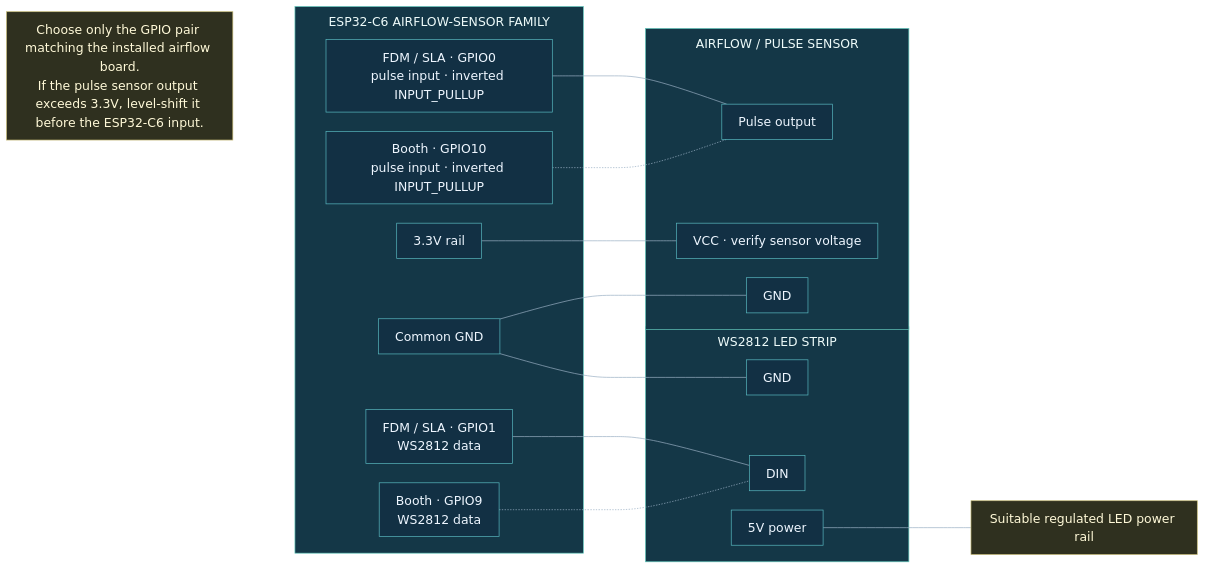
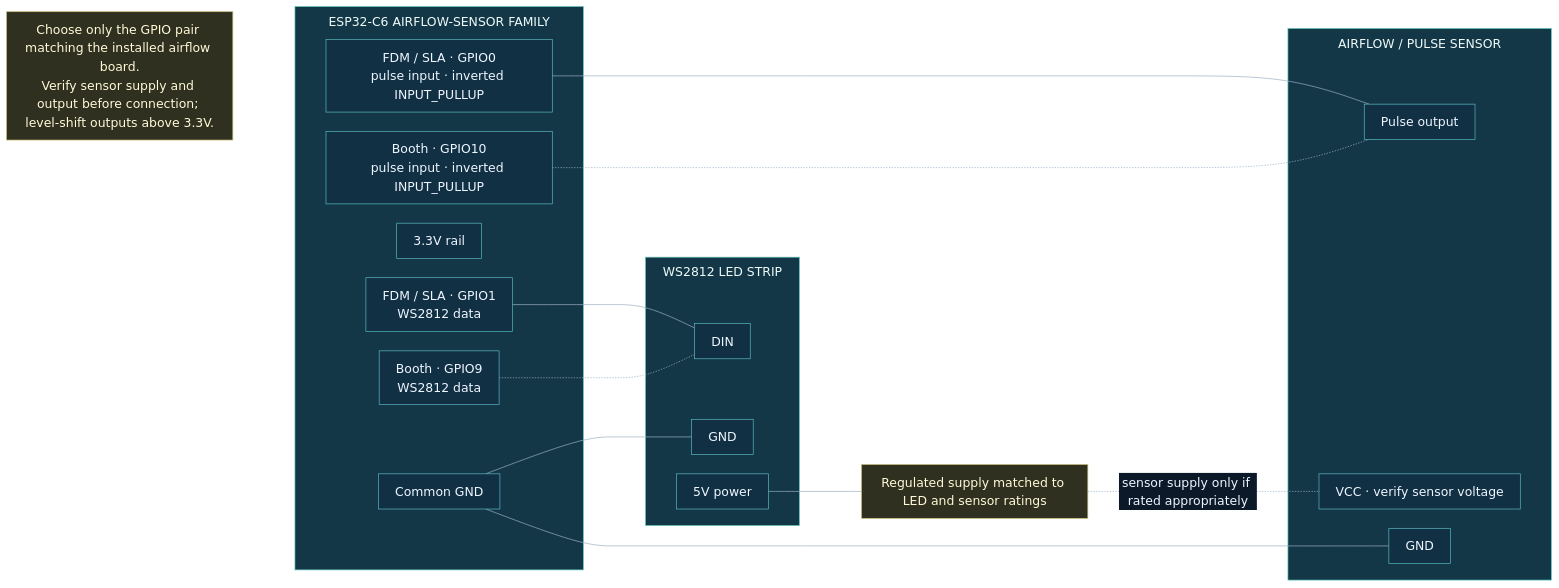
The diagram in main/docs/diagrams/ventsys/esp32-c6-airflow-sensor-wiring.mermaid (Nysplaidame/home-automation-project), drawn with Mermaid before and after one commit. The commit also changed 99 other files, not shown here.

```diff
--- a/main/docs/diagrams/ventsys/esp32-c6-airflow-sensor-wiring.mermaid
+++ b/main/docs/diagrams/ventsys/esp32-c6-airflow-sensor-wiring.mermaid
@@ -1,37 +1,37 @@
 %%{init: {"theme":"base","fontFamily":"Segoe UI, sans-serif","themeVariables":{"primaryColor":"#123044","primaryTextColor":"#eef6ff","primaryBorderColor":"#58b7bf","lineColor":"#9aafc4","clusterBkg":"#0d1c2d","clusterBorder":"#38516b","tertiaryColor":"#0d1c2d","edgeLabelBackground":"#0b1929","fontSize":"18px"},"flowchart":{"curve":"basis","nodeSpacing":28,"rankSpacing":90,"padding":12,"subGraphTitleMargin":{"top":8,"bottom":16},"wrappingWidth":280,"useMaxWidth":false}}}%%
 flowchart LR
     %% GPIO differs by active board configuration; source of truth: ventsys_*_airflow.yaml.
     %% Layout: ESP pins (left) --- peripheral pins (right) --- power (far right). Solid = FDM/SLA board, dashed = Booth board.
-    Note["Choose only the GPIO pair matching the installed airflow board.<br/>If the pulse sensor output exceeds 3.3V, level-shift it before the ESP32-C6 input."]
+    Note["Choose only the GPIO pair matching the installed airflow board.<br/>Verify sensor supply and output before connection; level-shift outputs above 3.3V."]
     subgraph ESP["ESP32-C6 AIRFLOW-SENSOR FAMILY"]
         FdmPulse["FDM / SLA · GPIO0<br/>pulse input · inverted INPUT_PULLUP"]
         BoothPulse["Booth · GPIO10<br/>pulse input · inverted INPUT_PULLUP"]
         V33["3.3V rail"]
         GND["Common GND"]
         FdmLed["FDM / SLA · GPIO1<br/>WS2812 data"]
         BoothLed["Booth · GPIO9<br/>WS2812 data"]
     end
     subgraph Meter["AIRFLOW / PULSE SENSOR"]
         MeterOut["Pulse output"]
         MeterV["VCC · verify sensor voltage"]
         MeterG["GND"]
     end
     subgraph LEDs["WS2812 LED STRIP"]
         LedDin["DIN"]
         LedG["GND"]
         LedV["5V power"]
     end
-    PSU["Suitable regulated LED power rail"]
+    PSU["Regulated supply matched to LED and sensor ratings"]
     Note ~~~ ESP
     FdmPulse --- MeterOut
     BoothPulse -.- MeterOut
-    V33 --- MeterV
+    PSU -. "sensor supply only if rated appropriately" .- MeterV
     GND --- MeterG
     GND --- LedG
     FdmLed --- LedDin
     BoothLed -.- LedDin
     LedV --- PSU
     class ESP,Meter,LEDs core
     class PSU,Note policy
     classDef core fill:#143747,stroke:#63c9bd,color:#eefbfa
     classDef policy fill:#2f301f,stroke:#c7bc77,color:#fff9d8
```
